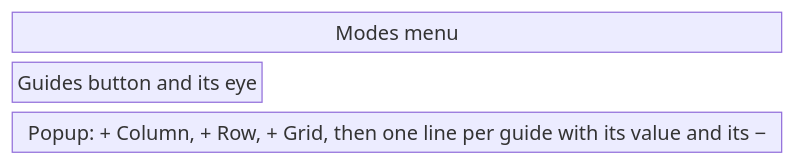
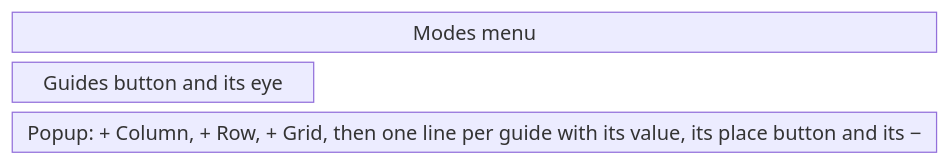
One commit to AlexandreGallais/synoptic-studio-spec changed the first of 2 diagrams in symbols/03-editor/layout-guides.md. Above: the diagram before and after it, drawn with Mermaid. The commit also changed other lines of this file and 17 other files, not shown here.

First line of the commit message:
docs(symbols): list every svg and css effect, one file per family

````diff
--- a/symbols/03-editor/layout-guides.md
+++ b/symbols/03-editor/layout-guides.md
@@ -27,7 +27,7 @@
 ```mermaid
 block-beta
     columns 3
     modes["Modes menu"]:3
     guides["Guides button and its eye"] space:2
-    popup["Popup: + Column, + Row, + Grid, then one line per guide with its value and its −"]:3
+    popup["Popup: + Column, + Row, + Grid, then one line per guide with its value, its place button and its −"]:3
 ```
````
